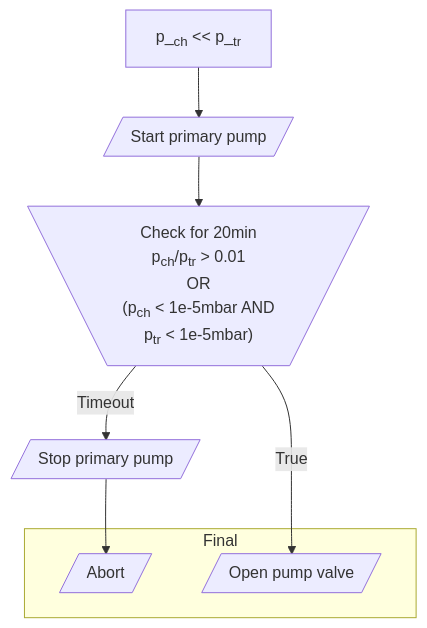
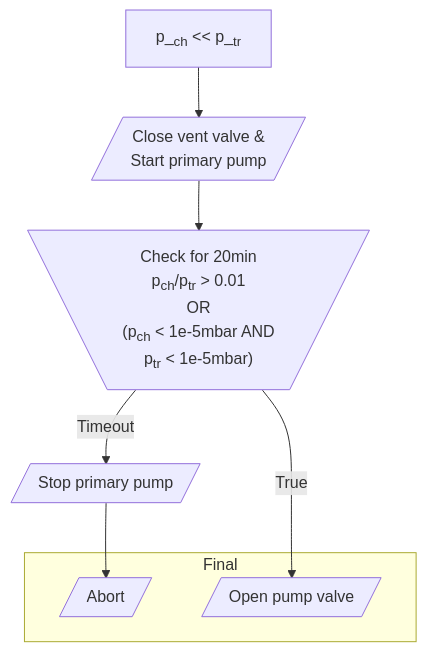
Before and after one commit to parkourlrc/pcb-trappitsch--cryostorage-42fec10e6a: the ninth of 11 diagrams in docs/src/workflows.md, drawn with Mermaid. The commit also changed other lines of this file and 5 other files, not shown here.

````diff
--- a/docs/src/workflows.md
+++ b/docs/src/workflows.md
@@ -273,18 +273,19 @@
 ```mermaid
   flowchart TD
     WF[p_<sub>ch</sub> << p_<sub>tr</sub>] --> PP
-    PP[/Start primary pump/] --> TIM 
+    PP[/"Close vent valve &
+        Start primary pump"/] --> TIM 
 
     TIM[\"Check for 20min
         p<sub>ch</sub>/p<sub>tr</sub> > 0.01
         OR 
         (p<sub>ch</sub> < 1e-5mbar AND 
         p<sub>tr</sub> < 1e-5mbar)"/]
     TIM -->|Timeout| SPP[/Stop primary pump/] --> Err
     TIM -->|True| OP
 
     subgraph Level3 [Final]
         OP[/Open pump valve/]
         Err[/Abort/]
     end
 ```
````
